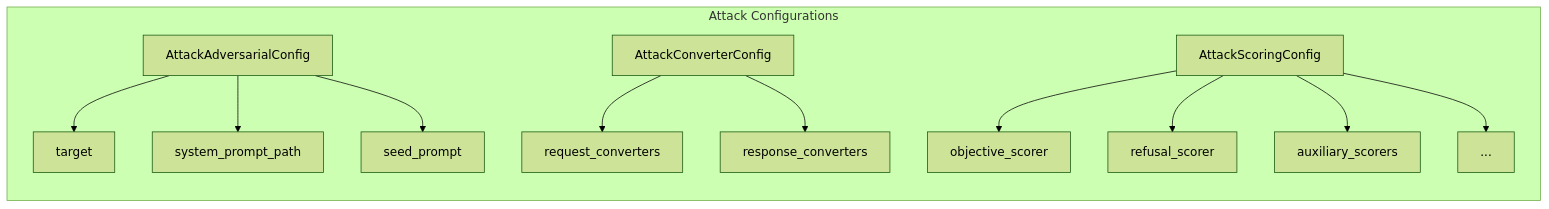
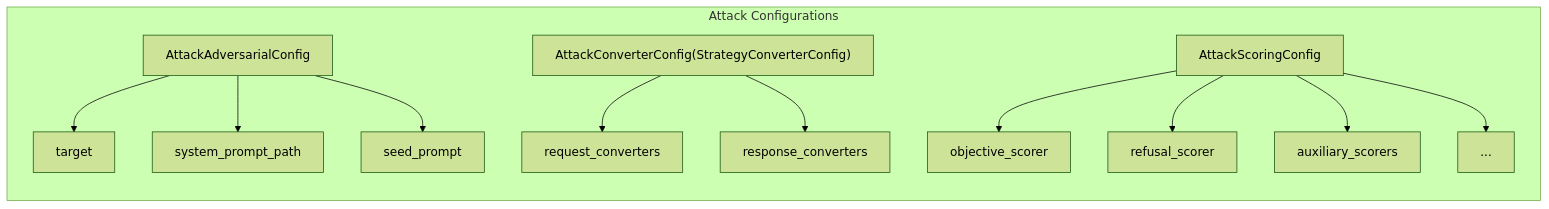
One commit to Azure/PyRIT changed the fourth of 5 diagrams in doc/code/executor/attack/0_attack.md. Above: the diagram before and after it, drawn with Mermaid (forest theme). The commit also changed other lines of this file and 4 other files, not shown here.

````diff
--- a/doc/code/executor/attack/0_attack.md
+++ b/doc/code/executor/attack/0_attack.md
@@ -74,27 +87,27 @@
 ```{mermaid}
 flowchart LR
     subgraph AttackConfig["Attack Configurations"]
         Adv["AttackAdversarialConfig"]
         Adv_target["target"]
         Adv_sys["system_prompt_path"]
         Adv_seed["seed_prompt"]
         Scoring["AttackScoringConfig"]
         Scoring_obj["objective_scorer"]
         Scoring_ref["refusal_scorer"]
         Scoring_aux["auxiliary_scorers"]
         Scoring_misc["..."]
-        Convert["AttackConverterConfig"]
+        Convert["AttackConverterConfig(StrategyConverterConfig)"]
         Convert_req["request_converters"]
         Convert_resp["response_converters"]
     end
 
     Adv-->Adv_target
     Adv-->Adv_sys
     Adv-->Adv_seed
     Convert-->Convert_req
     Convert-->Convert_resp
     Scoring-->Scoring_obj
     Scoring-->Scoring_ref
     Scoring-->Scoring_aux
     Scoring-->Scoring_misc
 ```
````
